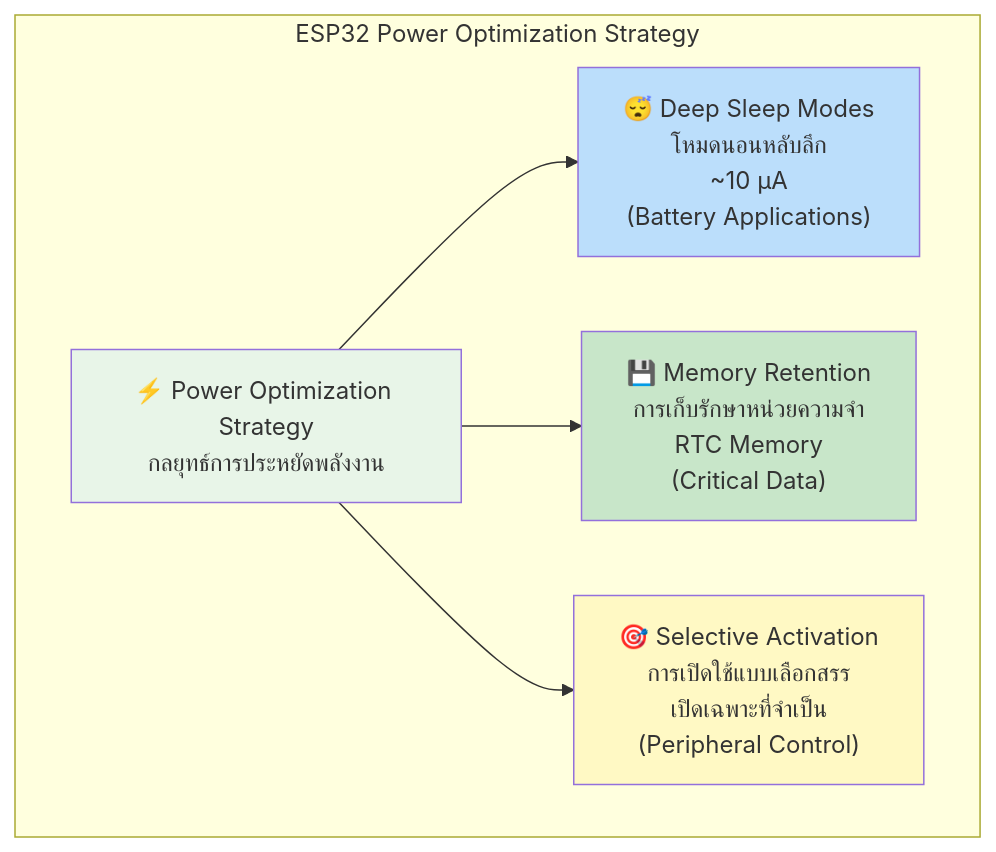
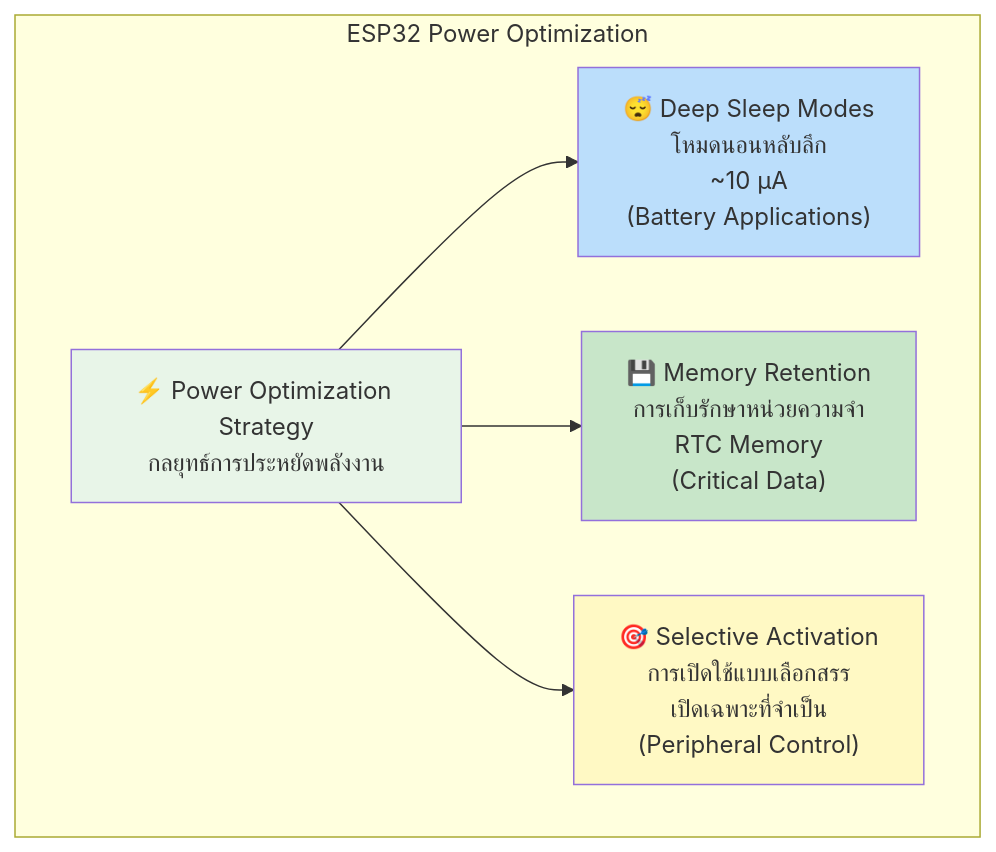
One commit to phuwishpk/Week-05-Microcontroller-applications changed diagram 12 of 15 in ESP32_Architecture.md. Above: the diagram before and after it, drawn with Mermaid. The commit also changed other lines of this file, not shown here.

Commit message:
Update subgraph titles for clarity in ESP32 architecture documentation

````diff
--- a/ESP32_Architecture.md
+++ b/ESP32_Architecture.md
@@ -776,21 +776,21 @@
 ```mermaid
 graph TD
-    subgraph PowerStrategy["ESP32 Power Optimization Strategy"]
+    subgraph PowerStrategy["ESP32 Power Optimization"]
         Title["⚡ Power Optimization Strategy<br/>กลยุทธ์การประหยัดพลังงาน"]
         
         Sleep["😴 Deep Sleep Modes<br/>โหมดนอนหลับลึก<br/>~10 µA<br/>(Battery Applications)"]
         
         Retention["💾 Memory Retention<br/>การเก็บรักษาหน่วยความจำ<br/>RTC Memory<br/>(Critical Data)"]
         
         Selective["🎯 Selective Activation<br/>การเปิดใช้แบบเลือกสรร<br/>เปิดเฉพาะที่จำเป็น<br/>(Peripheral Control)"]
         
         Title --> Sleep
         Title --> Retention
         Title --> Selective
     end
     
     style Title fill:#e8f5e8
     style Sleep fill:#bbdefb
     style Retention fill:#c8e6c9
     style Selective fill:#fff9c4
 ```
````
